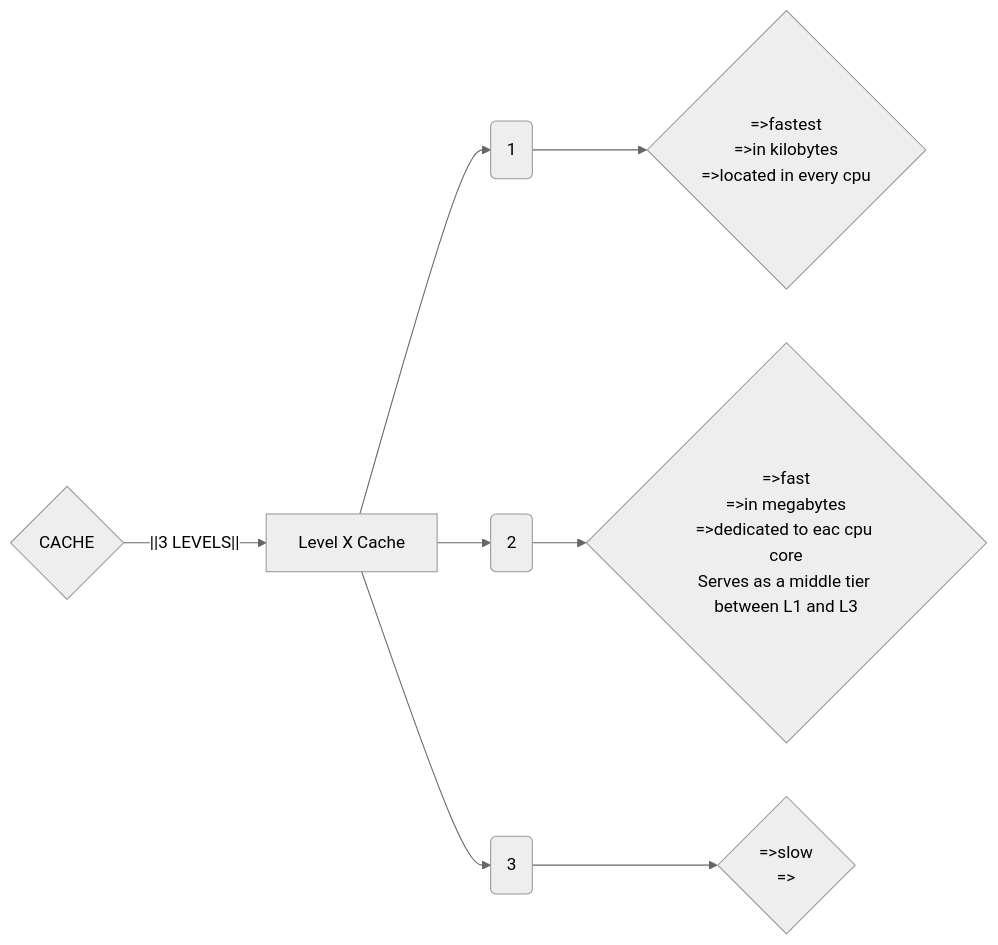
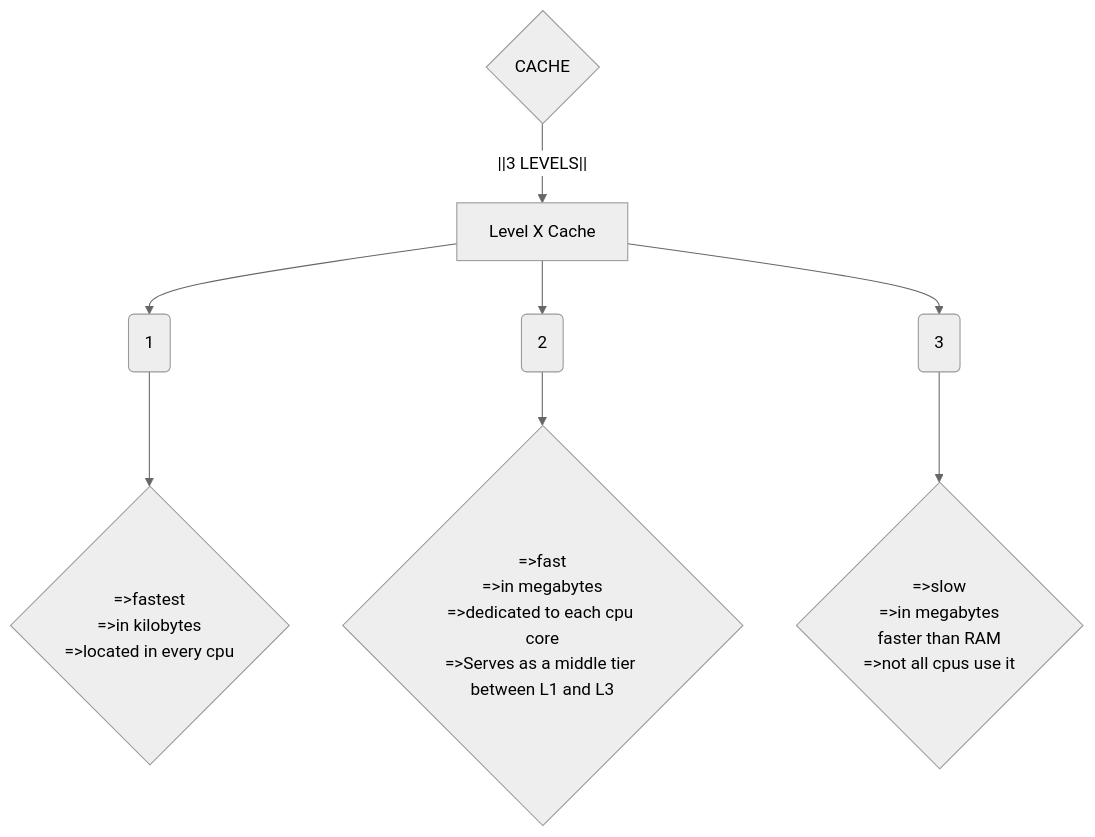
One commit to 0xClumzzy/learning changed the diagram in aox/Notes/Computer architecture.md. Above: the diagram before and after it, drawn with Mermaid (neutral theme). The commit also changed other lines of this file, not shown here.

Commit message:
vault backup: 2026-07-26 18:17:06

````diff
--- a/aox/Notes/Computer architecture.md
+++ b/aox/Notes/Computer architecture.md
@@ -11,7 +11,7 @@
 ```mermaid 
-flowchart LR
+flowchart TD
 a1{CACHE}--||3 LEVELS||-->a2[Level X Cache]
 a2-->A(1)-->p1{=>fastest<br>=>in kilobytes<br>=>located in every cpu}
-a2-->B(2)-->p2{=>fast<br>=>in megabytes<br>=>dedicated to eac cpu core<br>Serves as a middle tier between L1 and L3}
-a2-->C(3)-->p3{=>slow<br>=>}
+a2-->B(2)-->p2{=>fast<br>=>in megabytes<br>=>dedicated to each cpu core<br>=>Serves as a middle tier between L1 and L3}
+a2-->C(3)-->p3{=>slow<br>=>in megabytes<br>faster than RAM<br>=>not all cpus use it}
 ```
````
